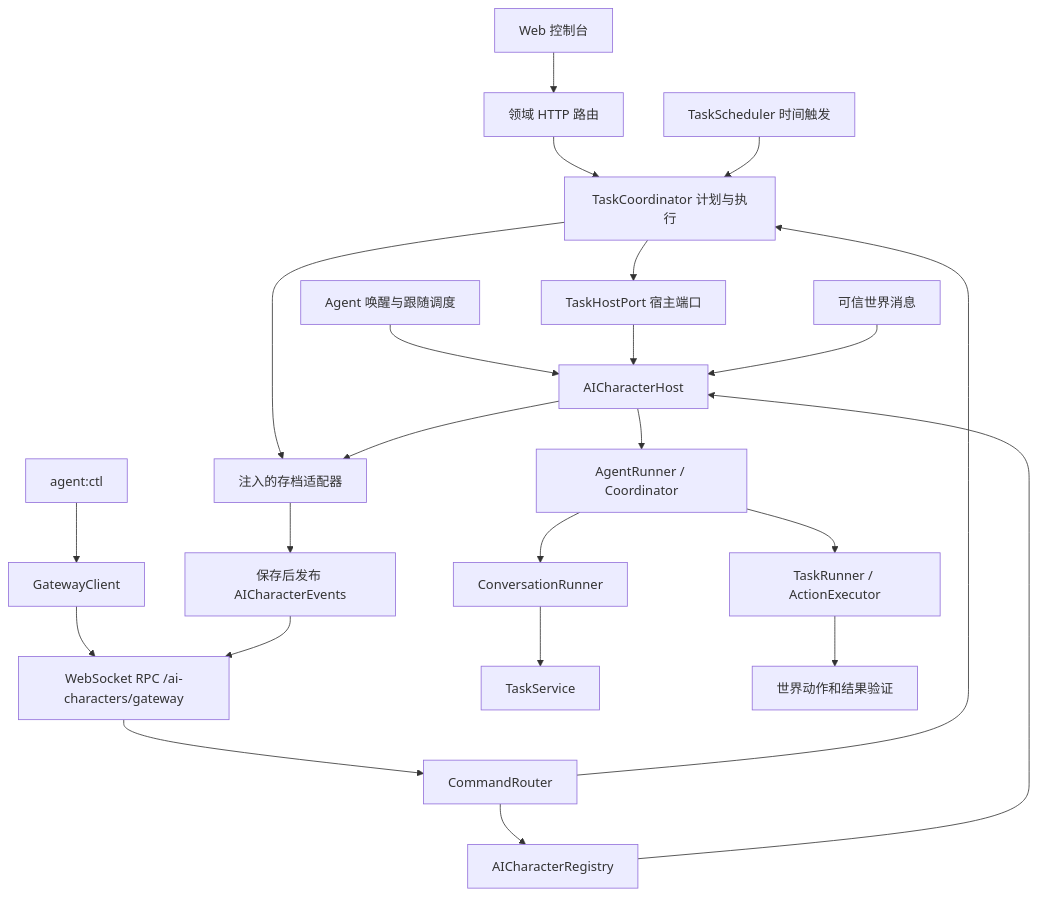
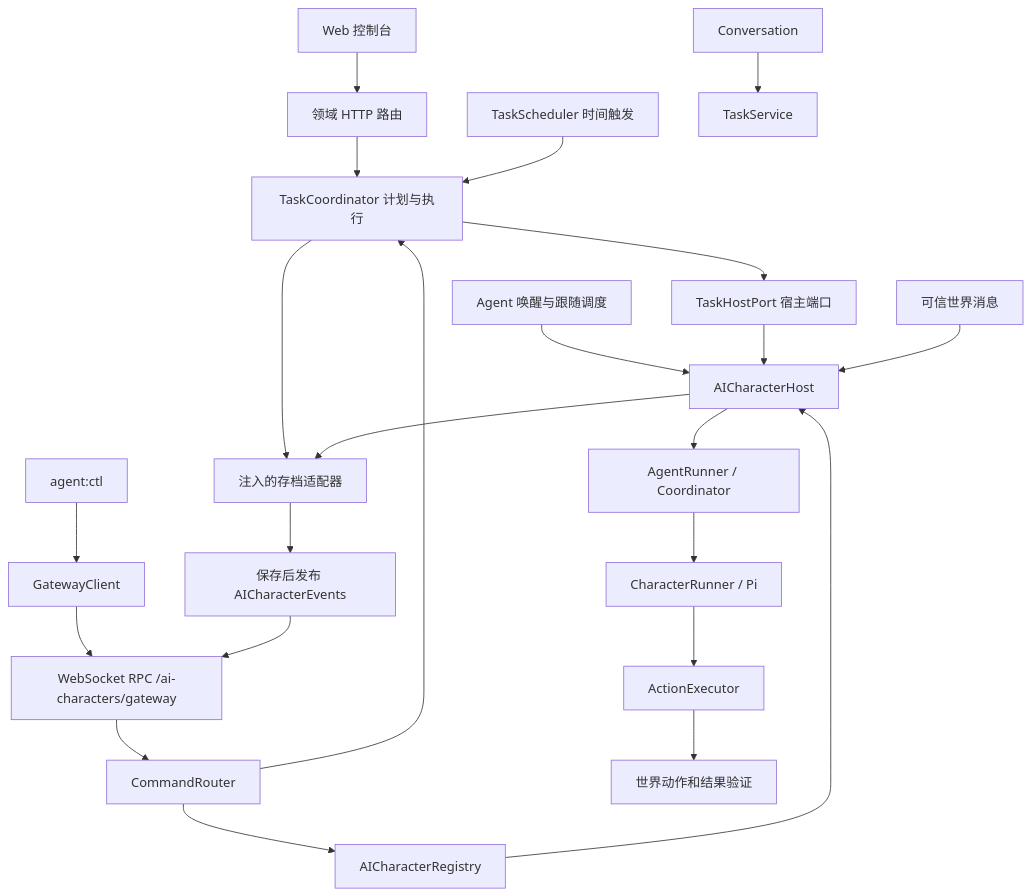
Before and after one commit to lulabs-org/agent-voxel-world: the diagram in docs/AGENT_GATEWAY.md, drawn with Mermaid. The commit also changed other lines of this file and 61 other files, not shown here.

````diff
--- a/docs/AGENT_GATEWAY.md
+++ b/docs/AGENT_GATEWAY.md
@@ -5,25 +5,25 @@
 ```mermaid
 flowchart TD
   Web[Web 控制台] --> HTTP[领域 HTTP 路由]
   CLI[agent:ctl] --> Client[GatewayClient]
   Client --> RPC[WebSocket RPC /ai-characters/gateway]
   HTTP --> Plans
   RPC --> Router[CommandRouter]
   Router --> Registry[AICharacterRegistry]
   Scheduler[Agent 唤醒与跟随调度] --> Host[AICharacterHost]
   Router --> Plans[TaskCoordinator 计划与执行]
   Plans --> Port[TaskHostPort 宿主端口]
   Port --> Host
   Timer[TaskScheduler 时间触发] --> Plans
   Plans --> Archive
   Registry --> Host
   Host --> Runner[AgentRunner / Coordinator]
   Player[可信世界消息] --> Host
-  Runner --> Conversation[ConversationRunner]
-  Runner --> Task[TaskRunner / ActionExecutor]
+  Runner --> Decision[CharacterRunner / Pi]
+  Decision --> Task[ActionExecutor]
   Conversation --> Rules[TaskService]
   Task --> World[世界动作和结果验证]
   Host --> Archive[注入的存档适配器]
   Archive --> Events[保存后发布 AICharacterEvents]
   Events --> RPC
 ```
````
